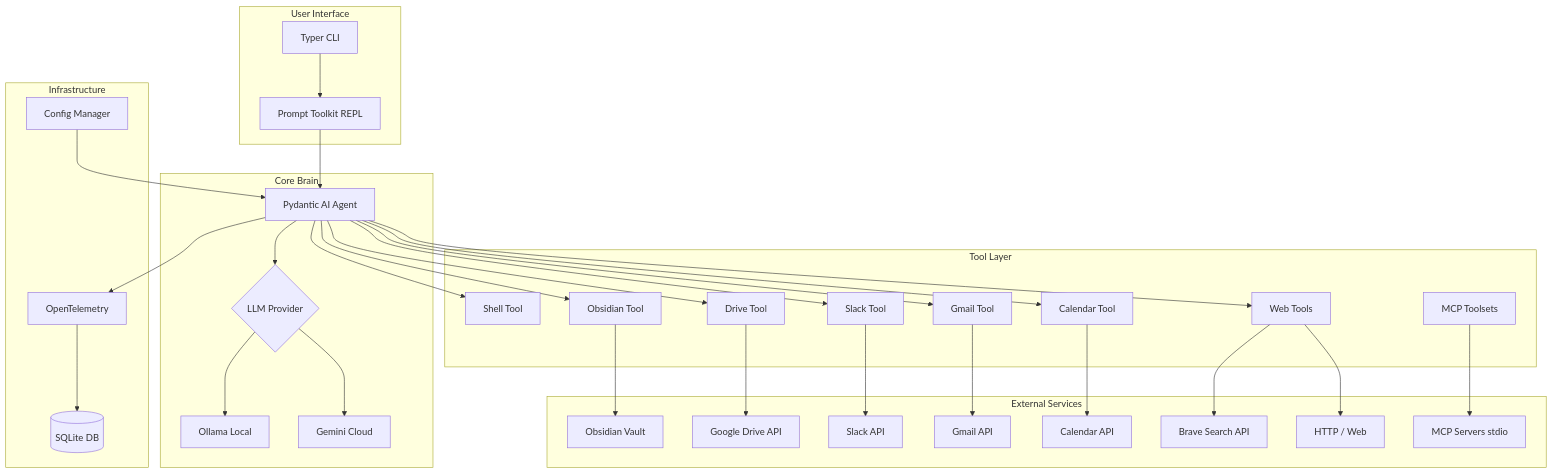
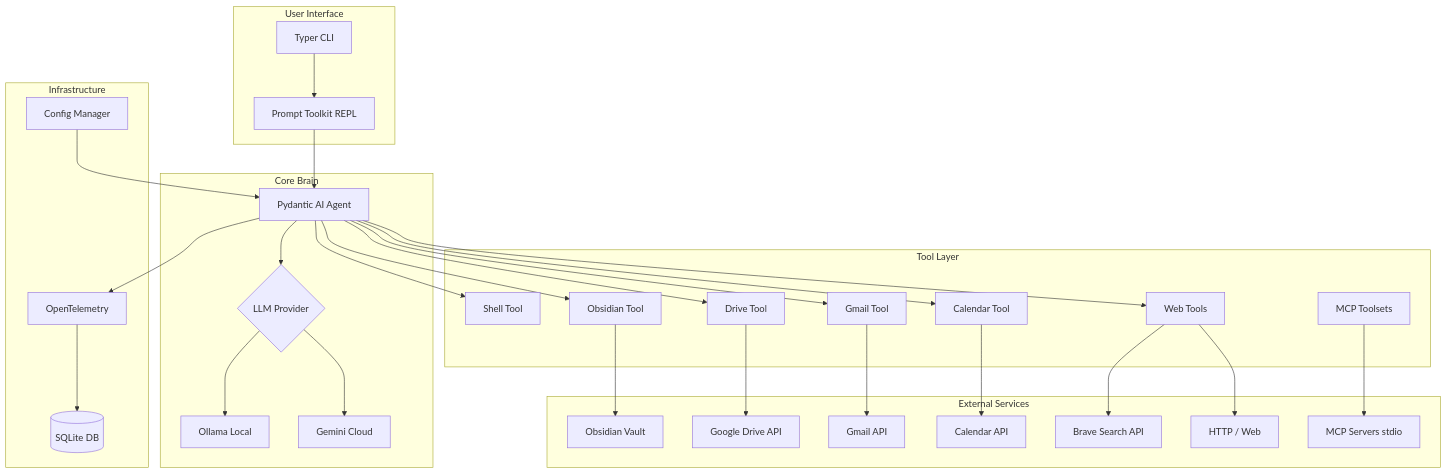
Before and after one commit to binlecode/co-cli: the diagram in docs/DESIGN-00-co-cli.md, drawn with Mermaid. The commit also changed other lines of this file and 32 other files, not shown here.

````diff
--- a/docs/DESIGN-00-co-cli.md
+++ b/docs/DESIGN-00-co-cli.md
@@ -14,69 +14,65 @@
 ```mermaid
 graph TB
     subgraph User Interface
         CLI[Typer CLI]
         REPL[Prompt Toolkit REPL]
     end
 
     subgraph Core Brain
         Agent[Pydantic AI Agent]
         LLM{LLM Provider}
         Ollama[Ollama Local]
         Gemini[Gemini Cloud]
     end
 
     subgraph Tool Layer
         ToolShell[Shell Tool]
         ToolObsidian[Obsidian Tool]
         ToolDrive[Drive Tool]
         ToolGmail[Gmail Tool]
         ToolCalendar[Calendar Tool]
-        ToolSlack[Slack Tool]
         ToolWeb[Web Tools]
         MCP[MCP Toolsets]
     end
 
     subgraph External Services
         ObsVault[Obsidian Vault]
         GDrive[Google Drive API]
-        SlackAPI[Slack API]
         GmailAPI[Gmail API]
         GCal[Calendar API]
         BraveAPI[Brave Search API]
         HTTP[HTTP / Web]
         MCPServers[MCP Servers stdio]
     end
 
     subgraph Infrastructure
         Config[Config Manager]
         Telemetry[OpenTelemetry]
         SQLite[(SQLite DB)]
     end
 
     CLI --> REPL
     REPL --> Agent
     Agent --> LLM
     LLM --> Ollama
     LLM --> Gemini
 
     Agent --> ToolShell
     Agent --> ToolObsidian
     Agent --> ToolDrive
     Agent --> ToolGmail
     Agent --> ToolCalendar
-    Agent --> ToolSlack
     Agent --> ToolWeb
 
     ToolObsidian --> ObsVault
     ToolDrive --> GDrive
     ToolGmail --> GmailAPI
     ToolCalendar --> GCal
-    ToolSlack --> SlackAPI
     ToolWeb --> BraveAPI
     ToolWeb --> HTTP
     MCP --> MCPServers
 
     Config --> Agent
     Agent --> Telemetry
     Telemetry --> SQLite
 ```
````
